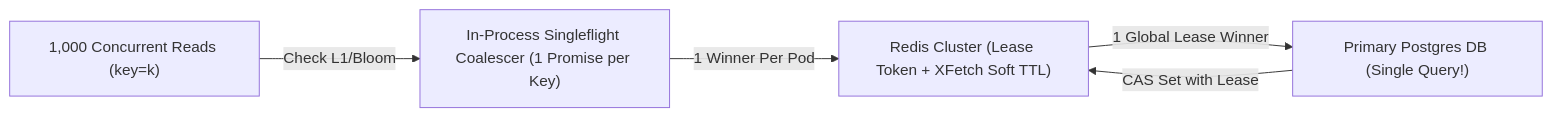
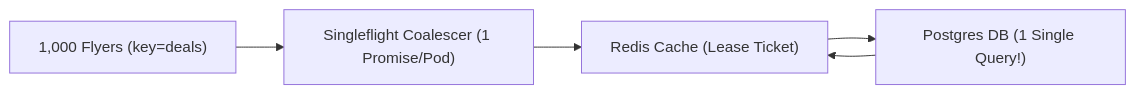
The diagram in knowledgebase/system-design/04-distributed-caching-and-singleflight.md (manjunathk833/codingforinterviews), drawn with Mermaid before and after one commit. The commit also changed other lines of this file and 55 other files, not shown here.

````diff
--- a/knowledgebase/system-design/04-distributed-caching-and-singleflight.md
+++ b/knowledgebase/system-design/04-distributed-caching-and-singleflight.md
@@ -67,7 +90,7 @@
 ```mermaid
 flowchart LR
-  Req["1,000 Concurrent Reads (key=k)"] -->|Check L1/Bloom| SF["In-Process Singleflight Coalescer (1 Promise per Key)"]
-  SF -->|1 Winner Per Pod| Redis["Redis Cluster (Lease Token + XFetch Soft TTL)"]
-  Redis -->|1 Global Lease Winner| DB["Primary Postgres DB (Single Query!)"]
-  DB -->|CAS Set with Lease| Redis
+  Req["1,000 Flyers (key=deals)"] --> SF["Singleflight Coalescer (1 Promise/Pod)"]
+  SF --> Redis["Redis Cache (Lease Ticket)"]
+  Redis --> DB["Postgres DB (1 Single Query!)"]
+  DB --> Redis
 ```
````
